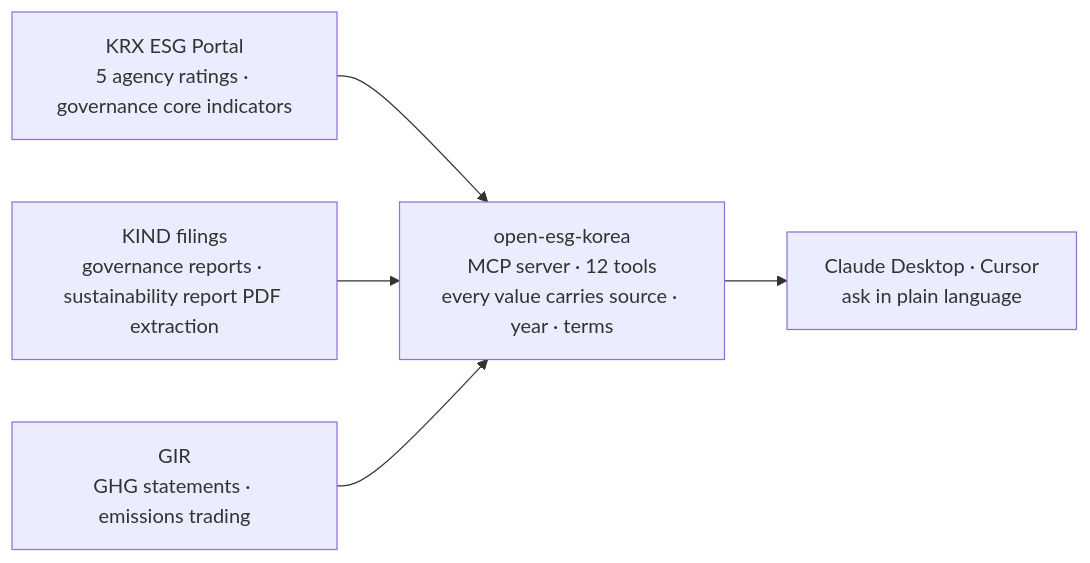
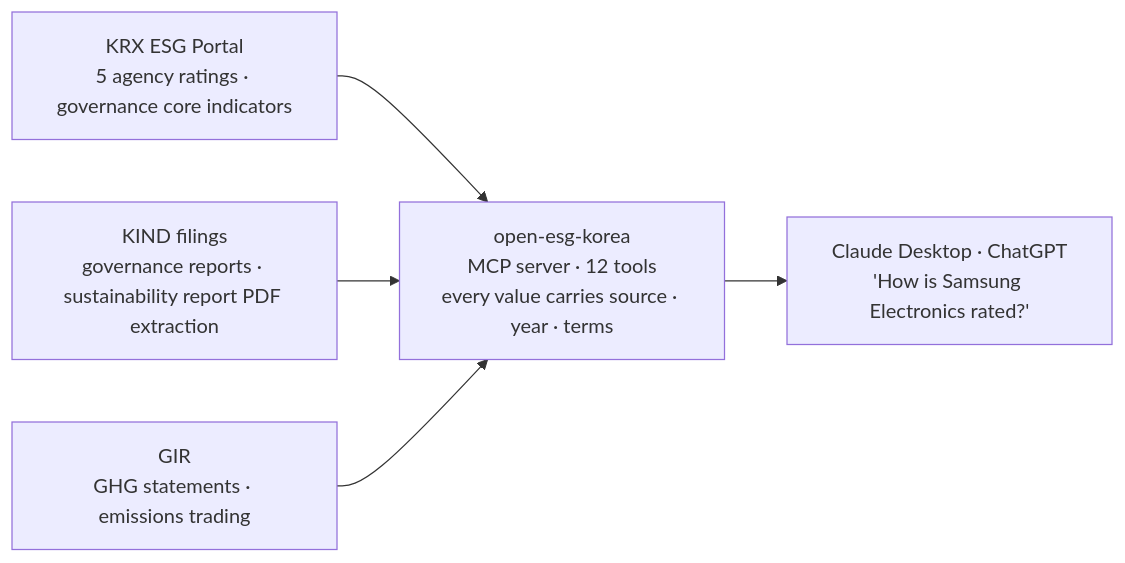
The diagram in README_ENG.md (MarcoYou/open-esg-korea), drawn with Mermaid before and after one commit. The commit also changed other lines of this file and 1 other file, not shown here.

Commit message:
docs: 한글본과 영문본이 서로 다른 말을 하던 다섯 군데를 맞춘다 (#36)
문장 단위로 훑어 찾은 것들이다. 어느 쪽이 맞는지는 코드와 문서 구성을 보고 정했다.

영문 → 한글에 맞춤
  다이어그램 끝 노드가 영문만 「Claude Desktop · Cursor」였다. ChatGPT 는 전용 절과
  docs/connect-chatgpt.md 가 있는 1급 경로이고 Cursor 는 서두 한 줄 언급뿐이라 한글(ChatGPT)이
  맞다. 같이 빠져 있던 예시 질문도 되살린다.
  sustainability_reports 설명에서 「최신」이 빠져 어느 건을 주는지 불명확했다.

한글 → 영문에 맞춤
  번들마다 BUILD_INFO.txt 가 들어 있다는 문장이 영문에만 있었다 — 출처를 밝히는 신뢰 문구라
  한글에도 넣는다.
  「문서 맨 위 별 배지는 링크일 뿐 눌러도 star 가 되지 않는다」는 경고가 영문에만 있었다.
  GIR 수록 대상을 한글은 「명세서 대상」이라고만 했다. services/ghg.py:123 이 사용자에게
  「배출권거래제·목표관리제 대상」이라고 답하므로 영문 쪽이 정확하다.

````diff
--- a/README_ENG.md
+++ b/README_ENG.md
@@ -34,7 +34,7 @@
 ```mermaid
 flowchart LR
     A["KRX ESG Portal<br/>5 agency ratings · governance core indicators"] --> S
     B["KIND filings<br/>governance reports · sustainability report PDF extraction"] --> S
     C["GIR<br/>GHG statements · emissions trading"] --> S
-    S["open-esg-korea<br/>MCP server · 12 tools<br/>every value carries source · year · terms"] --> D["Claude Desktop · Cursor<br/>ask in plain language"]
+    S["open-esg-korea<br/>MCP server · 12 tools<br/>every value carries source · year · terms"] --> D["Claude Desktop · ChatGPT<br/>'How is Samsung Electronics rated?'"]
 ```
````
